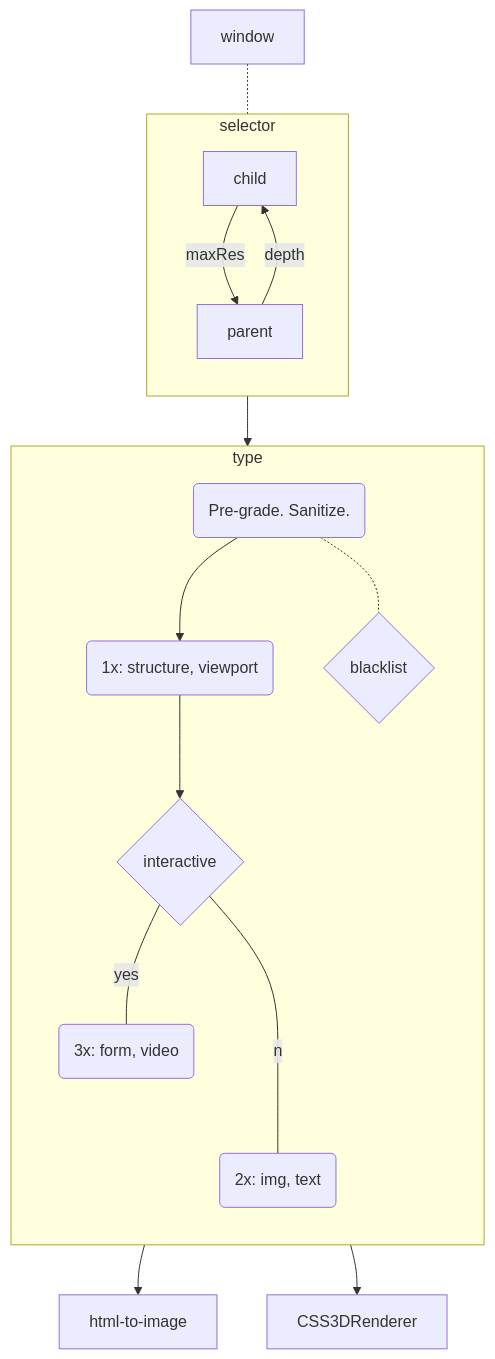
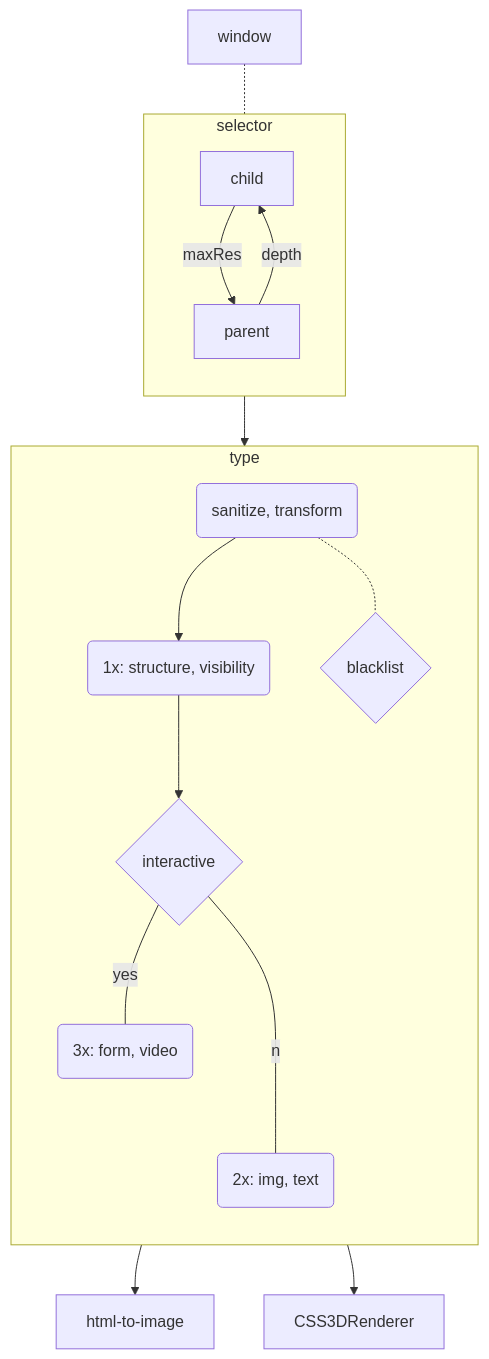
One commit to KurtPachinger/mpos-precept changed the diagram in README.md. Above: the diagram before and after it, drawn with Mermaid.

````diff
--- a/README.md
+++ b/README.md
@@ -9,25 +9,25 @@
 ```mermaid
 flowchart TB
 
 window-.-selector
 subgraph selector
  direction TB
  child--maxRes-->parent
  parent--depth-->child
 end
 
-grade("Pre-grade. Sanitize.")
+grade("sanitize, transform")
 selector-->grade-->a
 
 subgraph type
   direction TB
-  a("1x: structure, viewport")
+  a("1x: structure, visibility")
   grade-.-tag{blacklist}
   a-->b{interactive}
   b--no---poster("2x: img, text")
   b--yes---native("3x: form, video")
 end
 
 poster-->html-to-image
 native-->CSS3DRenderer
 ```
````
